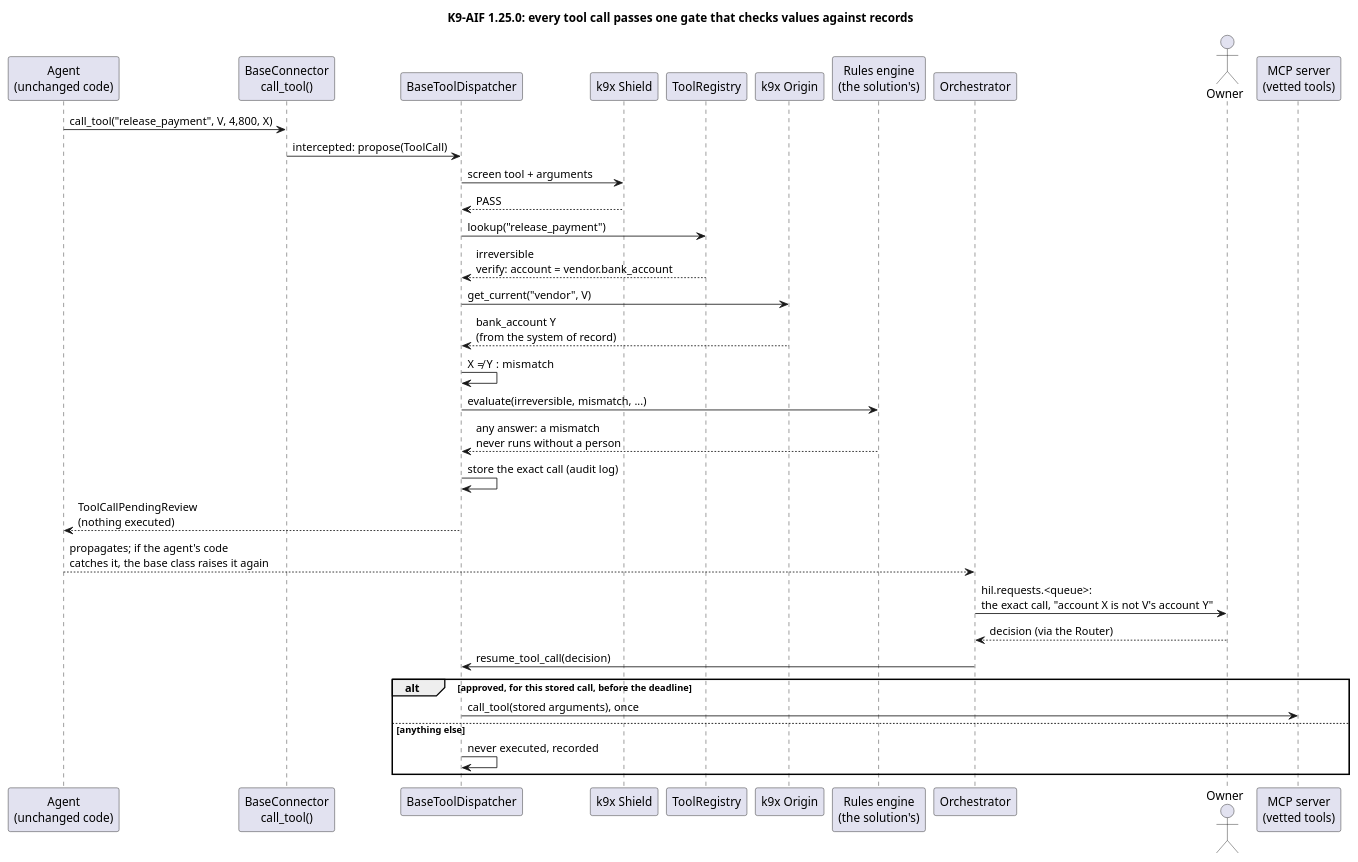
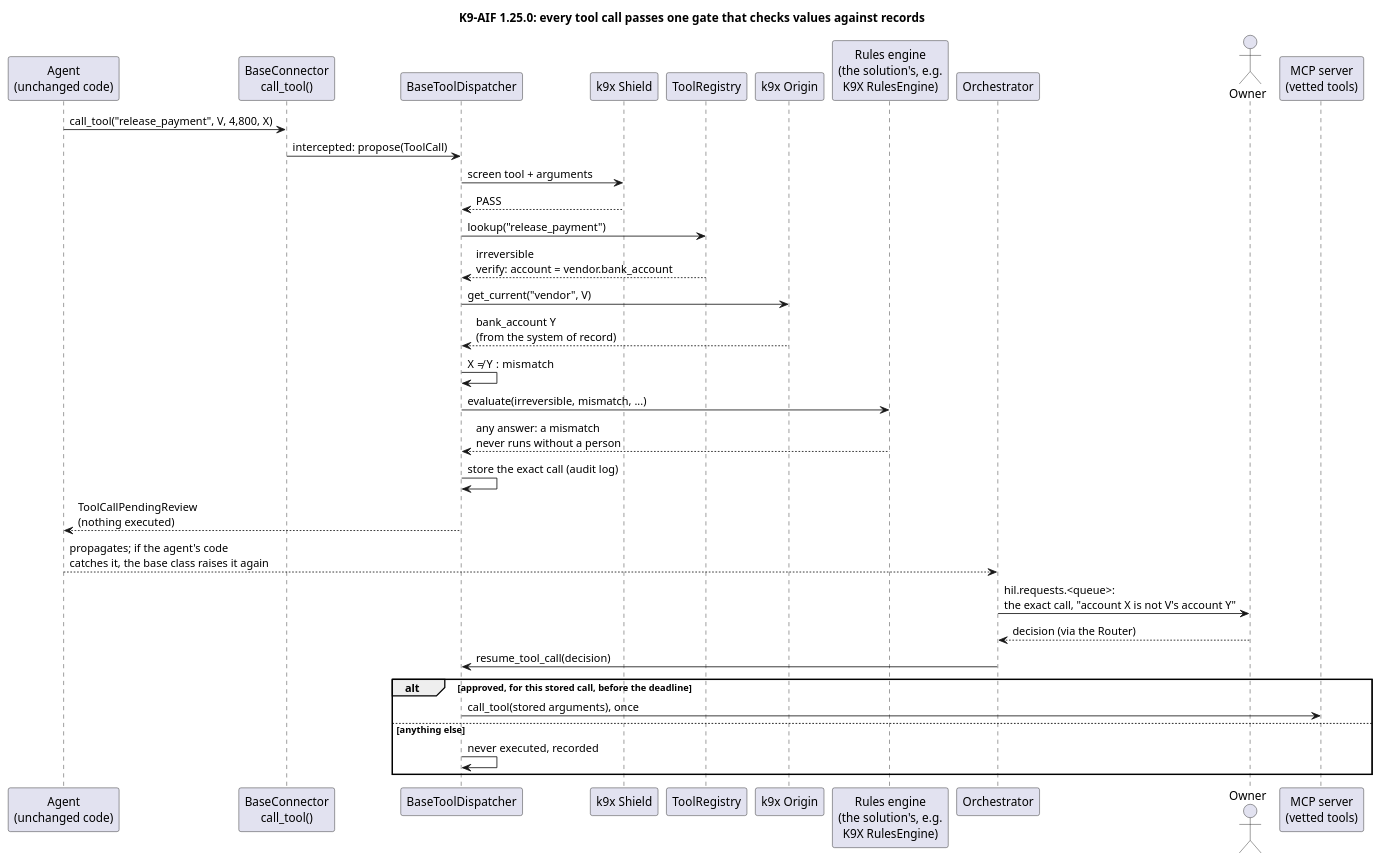
Before and after one commit to k9aif/k9-aif-blogs: the diagram in assets/diagrams/hil-review-planned.puml, drawn with PlantUML. The commit also changed 2 other files, not shown here.

Commit message:
Blog draft: name K9X RulesEngine in the 1.25.0 sequence diagram

```diff
--- a/assets/diagrams/hil-review-planned.puml
+++ b/assets/diagrams/hil-review-planned.puml
@@ -1,38 +1,38 @@
 @startuml hil-review-planned
 title K9-AIF 1.25.0: every tool call passes one gate that checks values against records
 
 participant "Agent\n(unchanged code)" as A
 participant "BaseConnector\ncall_tool()" as C
 participant "BaseToolDispatcher" as D
 participant "k9x Shield" as SE
 participant "ToolRegistry" as R
 participant "k9x Origin" as OR
-participant "Rules engine\n(the solution's)" as RU
+participant "Rules engine\n(the solution's, e.g.\nK9X RulesEngine)" as RU
 participant "Orchestrator" as O
 actor "Owner" as V
 participant "MCP server\n(vetted tools)" as T
 
 A -> C : call_tool("release_payment", V, 4,800, X)
 C -> D : intercepted: propose(ToolCall)
 D -> SE : screen tool + arguments
 SE --> D : PASS
 D -> R : lookup("release_payment")
 R --> D : irreversible\nverify: account = vendor.bank_account
 D -> OR : get_current("vendor", V)
 OR --> D : bank_account Y\n(from the system of record)
 D -> D : X ≠ Y : mismatch
 D -> RU : evaluate(irreversible, mismatch, ...)
 RU --> D : any answer: a mismatch\nnever runs without a person
 D -> D : store the exact call (audit log)
 D --> A : ToolCallPendingReview\n(nothing executed)
 A --> O : propagates; if the agent's code\ncatches it, the base class raises it again
 O -> V : hil.requests.<queue>:\nthe exact call, "account X is not V's account Y"
 V --> O : decision (via the Router)
 O -> D : resume_tool_call(decision)
 
 alt approved, for this stored call, before the deadline
   D -> T : call_tool(stored arguments), once
 else anything else
   D -> D : never executed, recorded
 end
 @enduml
```
